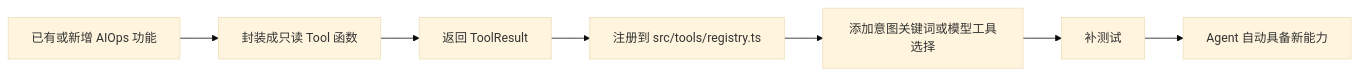
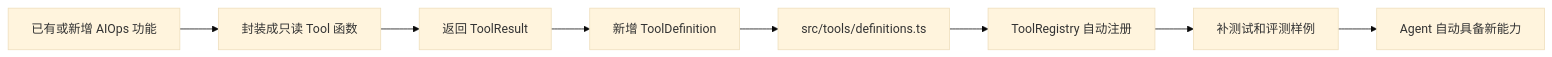
Before and after one commit to chunxili/aiops: diagram 11 of 16 in README.md, drawn with Mermaid (base theme). The commit also changed other lines of this file and 3 other files, not shown here.

Commit message:
Add tool definition auto registration

````diff
--- a/README.md
+++ b/README.md
@@ -470,9 +470,10 @@
 ```mermaid
 flowchart LR
   Feature["已有或新增 AIOps 功能"] --> Wrapper["封装成只读 Tool 函数"]
   Wrapper --> Shape["返回 ToolResult"]
-  Shape --> Registry["注册到 src/tools/registry.ts"]
-  Registry --> Intent["添加意图关键词或模型工具选择"]
-  Intent --> Tests["补测试"]
+  Shape --> Definition["新增 ToolDefinition"]
+  Definition --> Catalog["src/tools/definitions.ts"]
+  Catalog --> Registry["ToolRegistry 自动注册"]
+  Registry --> Tests["补测试和评测样例"]
   Tests --> Agent["Agent 自动具备新能力"]
 ```
````
